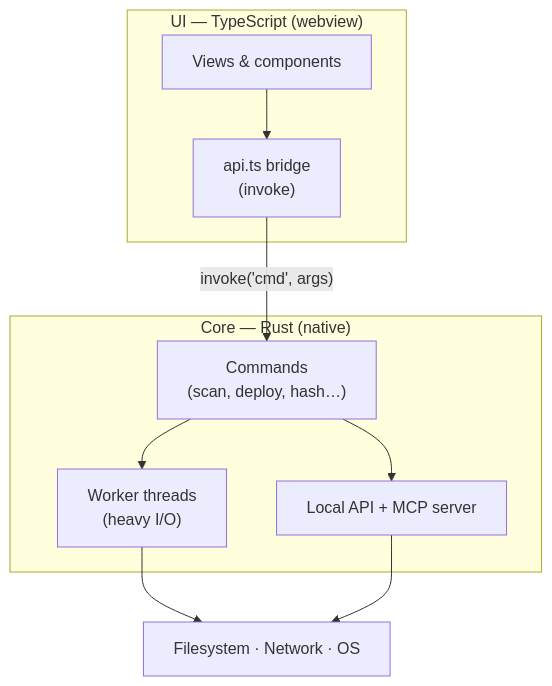
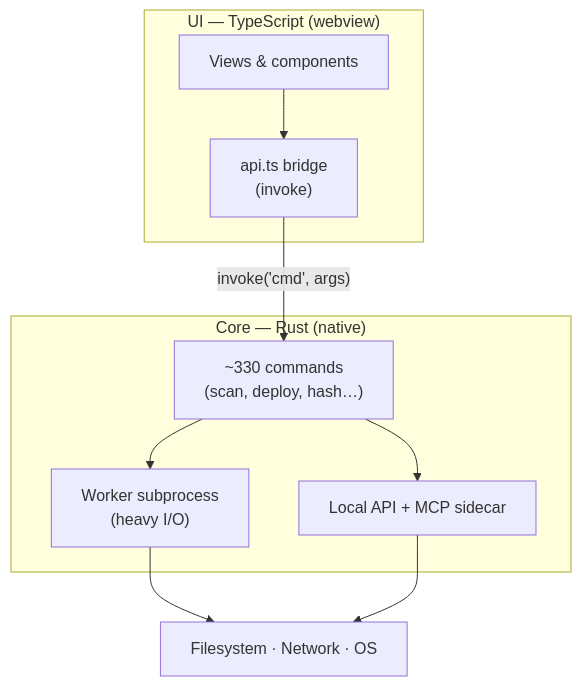
The diagram in docs/how-it-works/architecture.md (FreeProject089/BMM-Docs), drawn with Mermaid before and after one commit. The commit also changed other lines of this file and 3 other files, not shown here.

First line of the commit message:
docs: complete the API/deeplink reference and the architecture rationale

````diff
--- a/docs/how-it-works/architecture.md
+++ b/docs/how-it-works/architecture.md
@@ -9,19 +14,19 @@
 ```mermaid
 flowchart TB
     subgraph UI["UI — TypeScript (webview)"]
         VIEWS["Views &amp; components"]
         BRIDGE["api.ts bridge<br/>(invoke)"]
     end
     subgraph CORE["Core — Rust (native)"]
-        CMDS["Commands<br/>(scan, deploy, hash…)"]
-        WORK["Worker threads<br/>(heavy I/O)"]
-        HTTP["Local API + MCP server"]
+        CMDS["~330 commands<br/>(scan, deploy, hash…)"]
+        WORK["Worker subprocess<br/>(heavy I/O)"]
+        HTTP["Local API + MCP sidecar"]
     end
     OS["Filesystem · Network · OS"]
 
     VIEWS --> BRIDGE
     BRIDGE -- "invoke('cmd', args)" --> CMDS
     CMDS --> WORK --> OS
     CMDS --> HTTP
     HTTP --> OS
 ```
````
